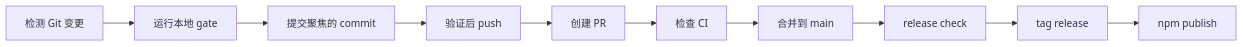
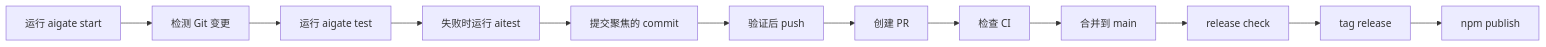
Before and after one commit to LeeHueeng/aigate-ai-git-workflow-guard-cli: the first of 2 diagrams in docs/operations.zh.md, drawn with Mermaid. The commit also changed other lines of this file and 58 other files, not shown here.

First line of the commit message:
feat: add guided start and ai test automation

````diff
--- a/docs/operations.zh.md
+++ b/docs/operations.zh.md
@@ -11,12 +11,14 @@
 ```mermaid
 flowchart LR
-  A["检测 Git 变更"] --> B["运行本地 gate"]
-  B --> C["提交聚焦的 commit"]
-  C --> D["验证后 push"]
-  D --> E["创建 PR"]
-  E --> F["检查 CI"]
-  F --> G["合并到 main"]
-  G --> H["release check"]
-  H --> I["tag release"]
-  I --> J["npm publish"]
+  A["运行 aigate start"] --> B["检测 Git 变更"]
+  B --> C["运行 aigate test"]
+  C --> D["失败时运行 aitest"]
+  D --> E["提交聚焦的 commit"]
+  E --> F["验证后 push"]
+  F --> G["创建 PR"]
+  G --> H["检查 CI"]
+  H --> I["合并到 main"]
+  I --> J["release check"]
+  J --> K["tag release"]
+  K --> L["npm publish"]
 ```
````
